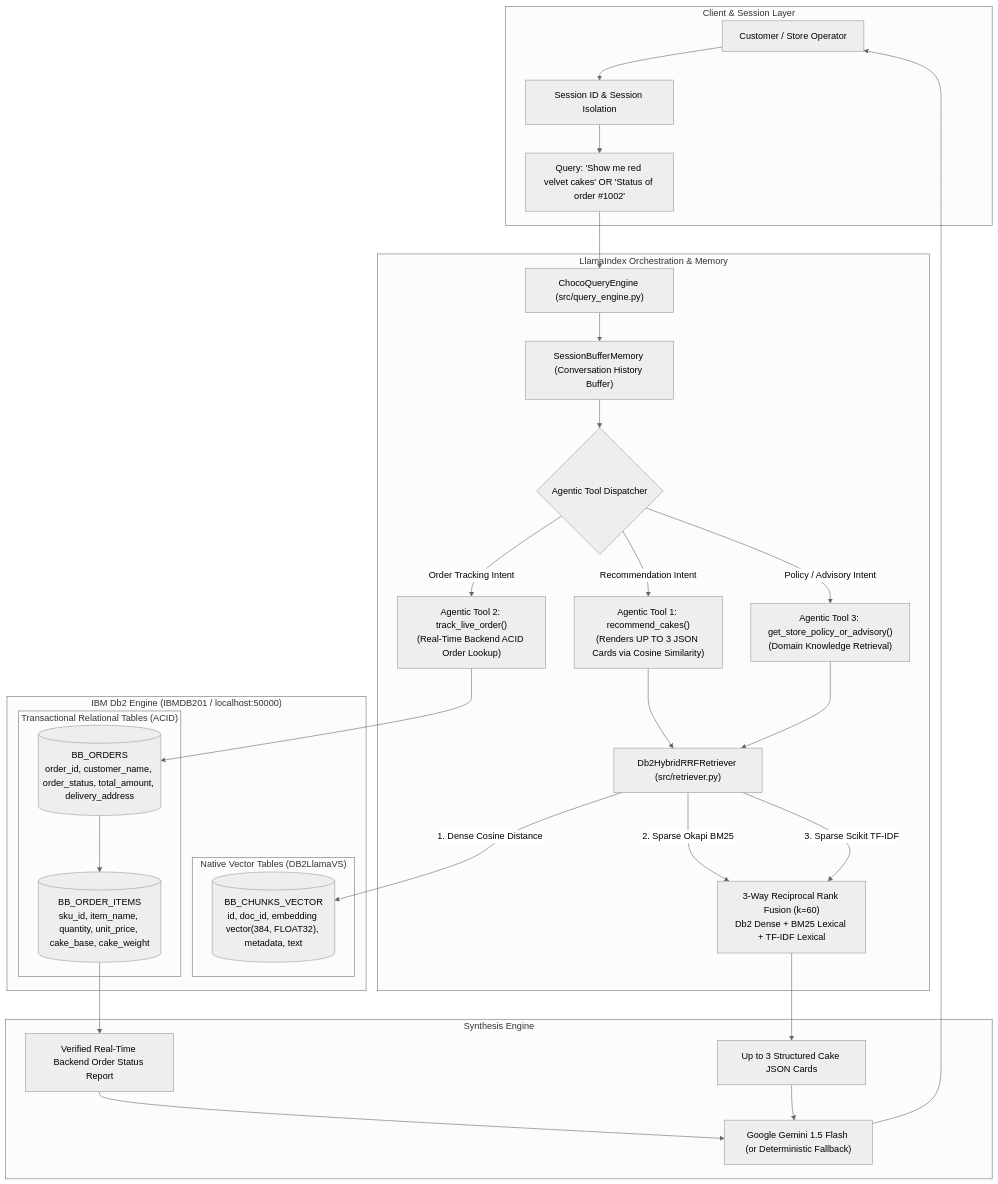
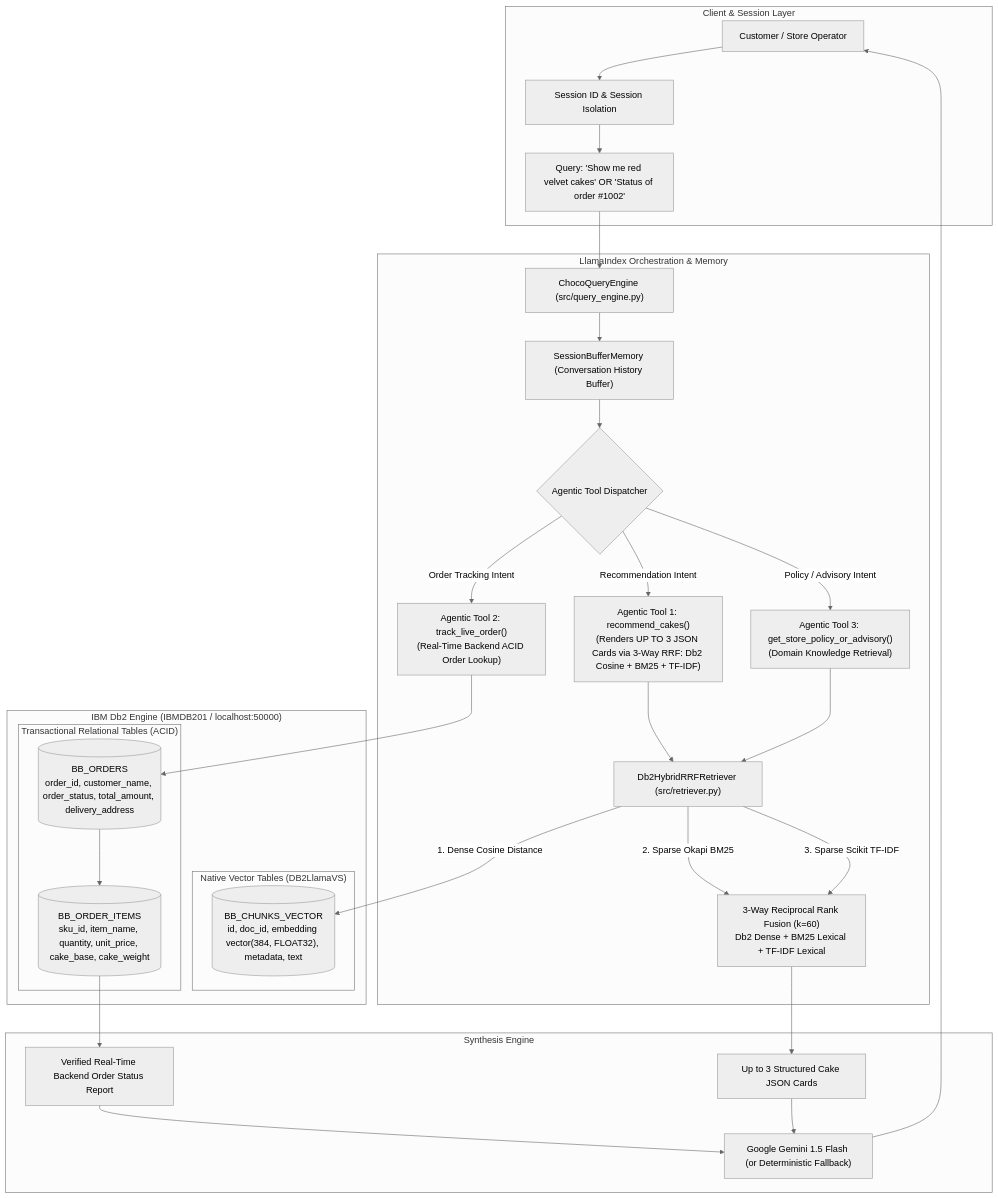
One commit to AYUSHDHANGAR/IBM_Db2_TechX_Project_Submission changed the diagram in submissions/bakebox-choco-ai/architecture.md. Above: the diagram before and after it, drawn with Mermaid (neutral theme). The commit also changed other lines of this file and 3 other files, not shown here.

Commit message:
docs(bakebox-choco-ai): align README and architecture with 3-way RRF, native agentic tools, and Gemini 1.5 Flash

````diff
--- a/submissions/bakebox-choco-ai/architecture.md
+++ b/submissions/bakebox-choco-ai/architecture.md
@@ -39,61 +39,61 @@
 ```mermaid
 flowchart TD
     subgraph Client ["Client & Session Layer"]
         User["Customer / Store Operator"]
         Session["Session ID & Session Isolation"]
         Query["Query: 'Show me red velvet cakes' OR 'Status of order #1002'"]
     end
 
     subgraph Orchestration ["LlamaIndex Orchestration & Memory"]
         Engine["ChocoQueryEngine (src/query_engine.py)"]
         BufferMem["SessionBufferMemory (Conversation History Buffer)"]
         Dispatcher{"Agentic Tool Dispatcher"}
         
-        ToolRec["Agentic Tool 1: recommend_cakes()\n(Renders UP TO 3 JSON Cards via Cosine Similarity)"]
+        ToolRec["Agentic Tool 1: recommend_cakes()\n(Renders UP TO 3 JSON Cards via 3-Way RRF: Db2 Cosine + BM25 + TF-IDF)"]
         ToolOrder["Agentic Tool 2: track_live_order()\n(Real-Time Backend ACID Order Lookup)"]
         ToolPolicy["Agentic Tool 3: get_store_policy_or_advisory()\n(Domain Knowledge Retrieval)"]
         
         HybridRetriever["Db2HybridRRFRetriever (src/retriever.py)"]
         RRF["3-Way Reciprocal Rank Fusion (k=60)\nDb2 Dense + BM25 Lexical + TF-IDF Lexical"]
     end
 
     subgraph IBM_Db2 ["IBM Db2 Engine (IBMDB201 / localhost:50000)"]
         subgraph VectorStore ["Native Vector Tables (DB2LlamaVS)"]
             BB_VECTORS[("BB_CHUNKS_VECTOR\nid, doc_id, embedding vector(384, FLOAT32), metadata, text")]
         end
         subgraph RelationalStore ["Transactional Relational Tables (ACID)"]
             BB_ORDERS[("BB_ORDERS\norder_id, customer_name, order_status, total_amount, delivery_address")]
             BB_ORDER_ITEMS[("BB_ORDER_ITEMS\nsku_id, item_name, quantity, unit_price, cake_base, cake_weight")]
         end
     end
 
     subgraph Generation ["Synthesis Engine"]
         LLM["Google Gemini 1.5 Flash (or Deterministic Fallback)"]
         Cards["Up to 3 Structured Cake JSON Cards"]
         OrderReport["Verified Real-Time Backend Order Status Report"]
     end
 
     User --> Session --> Query
     Query --> Engine
     Engine --> BufferMem
     BufferMem --> Dispatcher
     
     Dispatcher -- "Order Tracking Intent" --> ToolOrder
     ToolOrder --> BB_ORDERS
     BB_ORDERS --> BB_ORDER_ITEMS
     BB_ORDER_ITEMS --> OrderReport
 
     Dispatcher -- "Recommendation Intent" --> ToolRec
     ToolRec --> HybridRetriever
     HybridRetriever -- "1. Dense Cosine Distance" --> BB_VECTORS
     HybridRetriever -- "2. Sparse Okapi BM25" --> RRF
     HybridRetriever -- "3. Sparse Scikit TF-IDF" --> RRF
     RRF --> Cards
 
     Dispatcher -- "Policy / Advisory Intent" --> ToolPolicy
     ToolPolicy --> HybridRetriever
 
     Cards --> LLM
     OrderReport --> LLM
     LLM --> User
 ```
````
